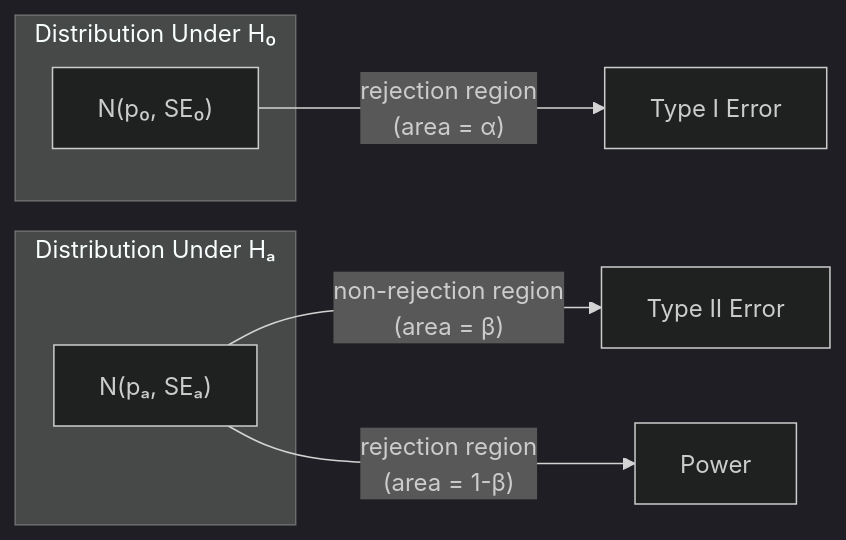
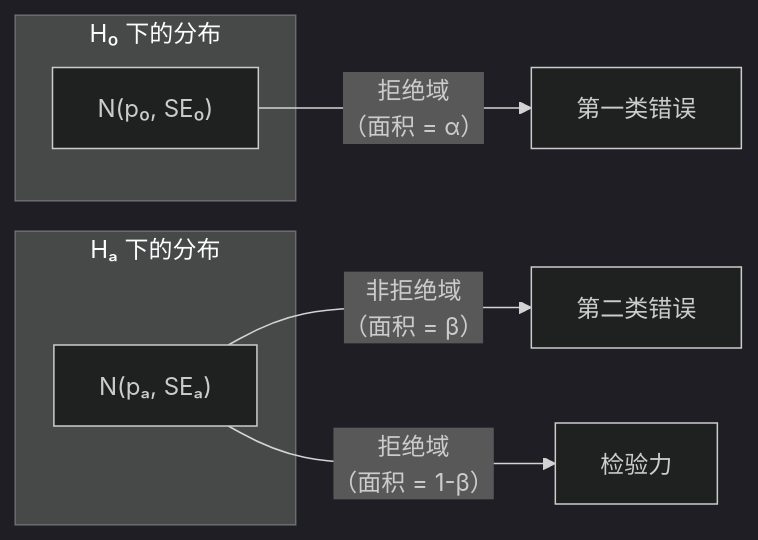
The second of 2 diagrams in Math/Statistics/AP_Statistics/Type_I_and_II_Errors.md (xieguaiwu/Notes), drawn with Mermaid (dark theme) before and after one commit. The commit also changed other lines of this file and 30 other files, not shown here.

Commit message:
obsidian-note-generation: translate all AP Statistics notes to Chinese, fix format issues (H1, --- separators, Unicode→LaTeX), add chart types review note

````diff
--- a/Math/Statistics/AP_Statistics/Type_I_and_II_Errors.md
+++ b/Math/Statistics/AP_Statistics/Type_I_and_II_Errors.md
@@ -119,12 +105,12 @@
 ```mermaid
 flowchart LR
-    subgraph NullDist["Distribution Under H₀"]
+    subgraph NullDist["H₀ 下的分布"]
         ND["N(p₀, SE₀)"]
     end
-    subgraph AltDist["Distribution Under Hₐ"]
+    subgraph AltDist["Hₐ 下的分布"]
         AD["N(pₐ, SEₐ)"]
     end
-    ND -->|"rejection region<br/>(area = α)"| RR["Type I Error"]
-    AD -->|"non-rejection region<br/>(area = β)"| NR["Type II Error"]
-    AD -->|"rejection region<br/>(area = 1-β)"| PW["Power"]
+    ND -->|"拒绝域<br/>（面积 = α）"| RR["第一类错误"]
+    AD -->|"非拒绝域<br/>（面积 = β）"| NR["第二类错误"]
+    AD -->|"拒绝域<br/>（面积 = 1-β）"| PW["检验力"]
 ```
````
